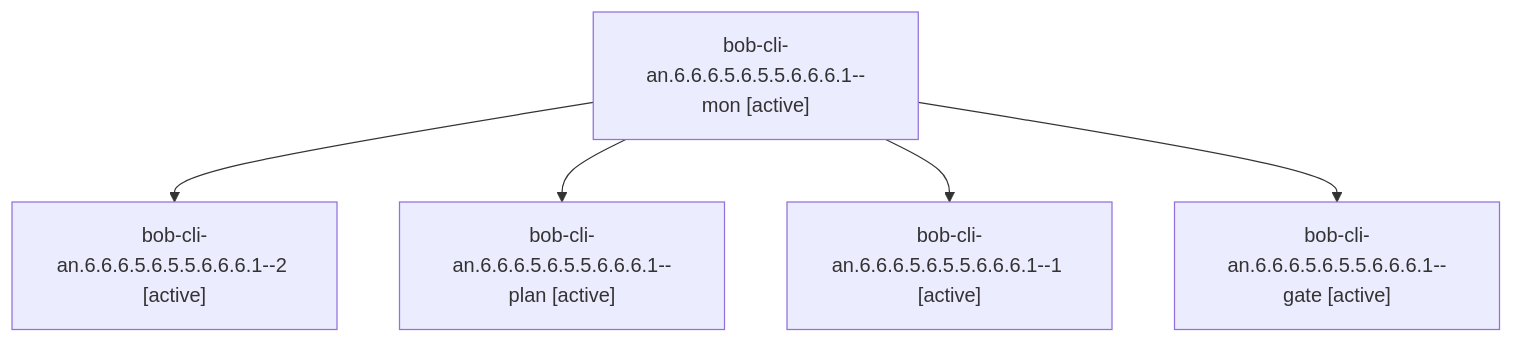
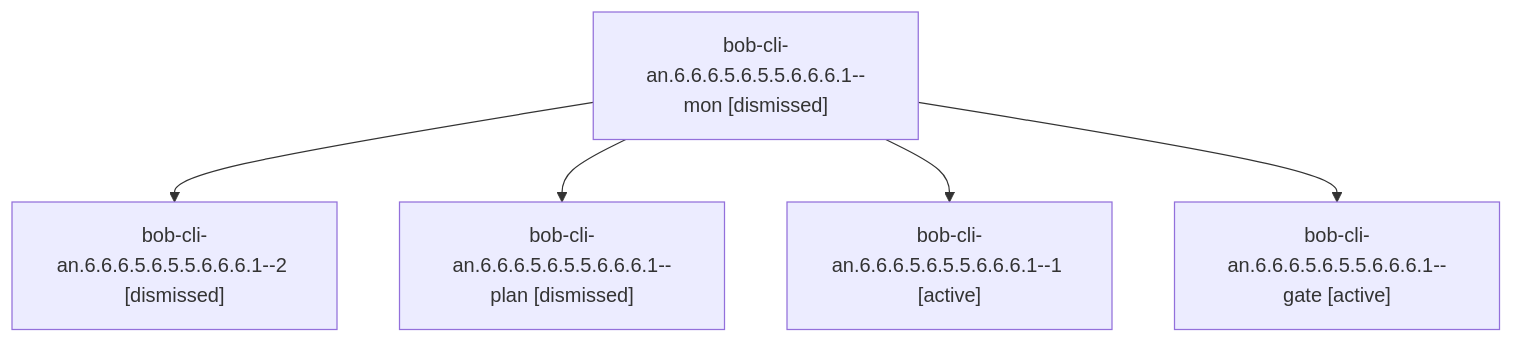
Before and after one commit to bobs-org/bob-cli--agents: the diagram in sessions/bbugyi200.athena.bob-cli-an.6.6.6.5.6.5.5.6.6.6.1.md, drawn with Mermaid. The commit also changed other lines of this file and 553 other files, not shown here.

````diff
--- a/sessions/bbugyi200.athena.bob-cli-an.6.6.6.5.6.5.5.6.6.6.1.md
+++ b/sessions/bbugyi200.athena.bob-cli-an.6.6.6.5.6.5.5.6.6.6.1.md
@@ -9,12 +9,12 @@
 ```mermaid
 flowchart TD
-  n0["bob-cli-an.6.6.6.5.6.5.5.6.6.6.1--mon [active]"]
-  n1["bob-cli-an.6.6.6.5.6.5.5.6.6.6.1--2 [active]"]
+  n0["bob-cli-an.6.6.6.5.6.5.5.6.6.6.1--mon [dismissed]"]
+  n1["bob-cli-an.6.6.6.5.6.5.5.6.6.6.1--2 [dismissed]"]
   n0 --> n1
-  n2["bob-cli-an.6.6.6.5.6.5.5.6.6.6.1--plan [active]"]
+  n2["bob-cli-an.6.6.6.5.6.5.5.6.6.6.1--plan [dismissed]"]
   n0 --> n2
   n3["bob-cli-an.6.6.6.5.6.5.5.6.6.6.1--1 [active]"]
   n0 --> n3
   n4["bob-cli-an.6.6.6.5.6.5.5.6.6.6.1--gate [active]"]
   n0 --> n4
 ```
````
